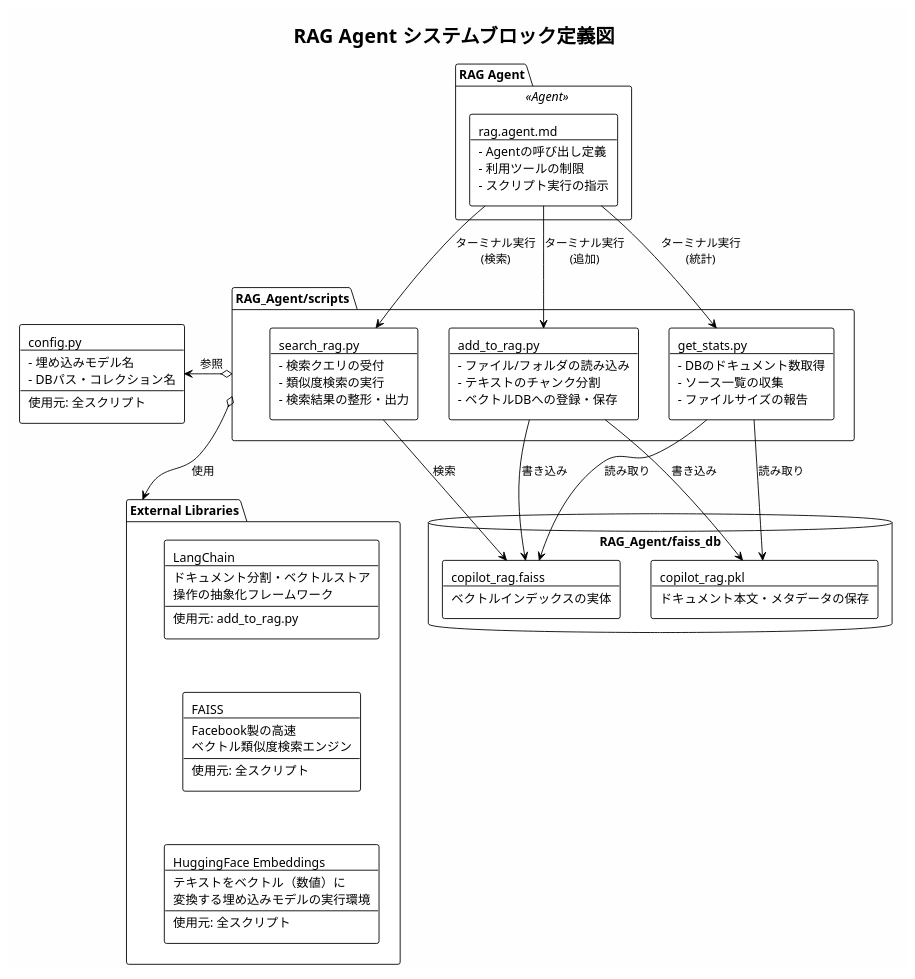
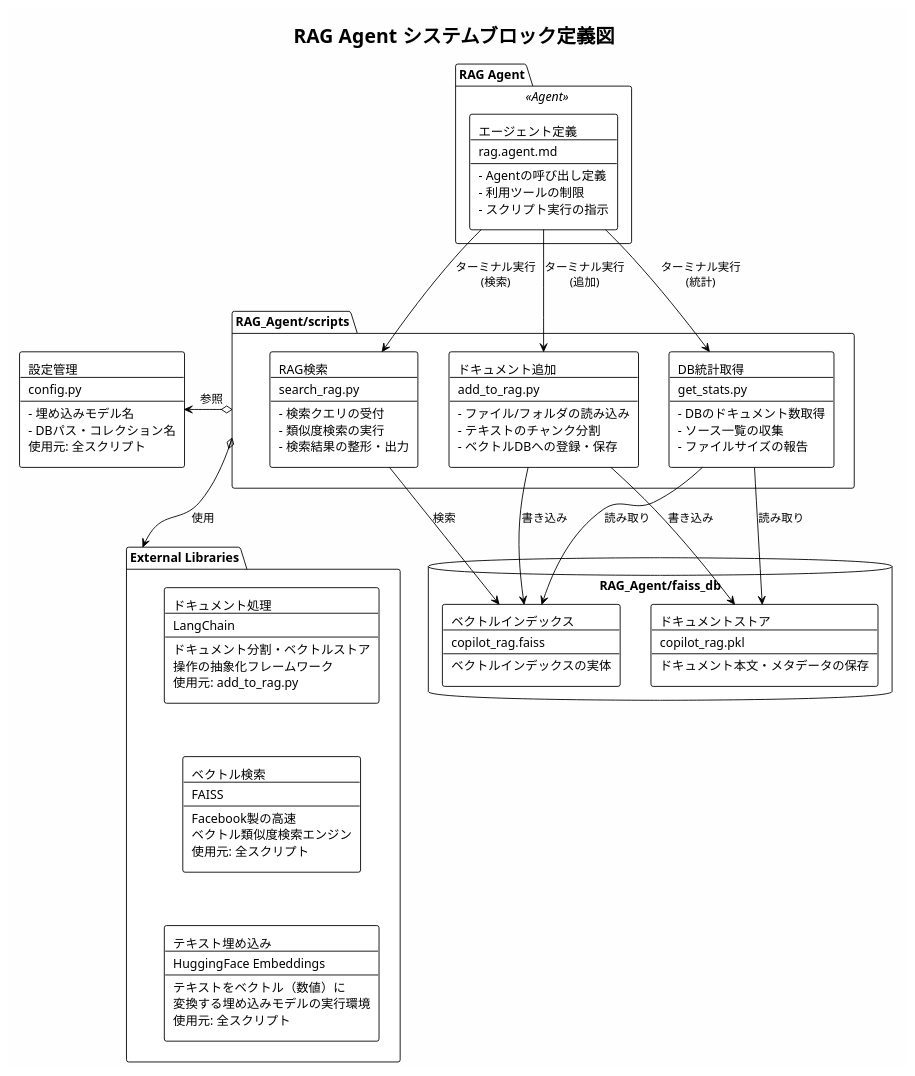
Before and after one commit to Yuki118704/VScRAG_Sys: the diagram in Design/rag_agent_block_diagram.puml, drawn with PlantUML.

```diff
--- a/Design/rag_agent_block_diagram.puml
+++ b/Design/rag_agent_block_diagram.puml
@@ -1,54 +1,54 @@
 @startuml RAG_Agent_Block_Diagram
 !theme plain
 skinparam backgroundColor #FEFEFE
 skinparam componentStyle rectangle
 
 title RAG Agent システムブロック定義図
 
 package "RAG Agent" as agent_pkg <<Agent>> {
-    rectangle "rag.agent.md\n--\n- Agentの呼び出し定義\n- 利用ツールの制限\n- スクリプト実行の指示" as agent_def
+    rectangle "エージェント定義\n--\nrag.agent.md\n--\n- Agentの呼び出し定義\n- 利用ツールの制限\n- スクリプト実行の指示" as agent_def
 }
 
 package "RAG_Agent/scripts" as scripts {
-    rectangle "search_rag.py\n--\n- 検索クエリの受付\n- 類似度検索の実行\n- 検索結果の整形・出力" as search_script
-    rectangle "add_to_rag.py\n--\n- ファイル/フォルダの読み込み\n- テキストのチャンク分割\n- ベクトルDBへの登録・保存" as add_script
-    rectangle "get_stats.py\n--\n- DBのドキュメント数取得\n- ソース一覧の収集\n- ファイルサイズの報告" as stats_script
+    rectangle "RAG検索\n--\nsearch_rag.py\n--\n- 検索クエリの受付\n- 類似度検索の実行\n- 検索結果の整形・出力" as search_script
+    rectangle "ドキュメント追加\n--\nadd_to_rag.py\n--\n- ファイル/フォルダの読み込み\n- テキストのチャンク分割\n- ベクトルDBへの登録・保存" as add_script
+    rectangle "DB統計取得\n--\nget_stats.py\n--\n- DBのドキュメント数取得\n- ソース一覧の収集\n- ファイルサイズの報告" as stats_script
 }
 
-rectangle "config.py\n--\n- 埋め込みモデル名\n- DBパス・コレクション名\n--\n使用元: 全スクリプト" as config
+rectangle "設定管理\n--\nconfig.py\n--\n- 埋め込みモデル名\n- DBパス・コレクション名\n使用元: 全スクリプト" as config
 
 package "External Libraries" as libs {
-    rectangle "LangChain\n--\nドキュメント分割・ベクトルストア\n操作の抽象化フレームワーク\n--\n使用元: add_to_rag.py" as langchain
-    rectangle "FAISS\n--\nFacebook製の高速\nベクトル類似度検索エンジン\n--\n使用元: 全スクリプト" as faiss_lib
-    rectangle "HuggingFace Embeddings\n--\nテキストをベクトル（数値）に\n変換する埋め込みモデルの実行環境\n--\n使用元: 全スクリプト" as hf
+    rectangle "ドキュメント処理\n--\nLangChain\n--\nドキュメント分割・ベクトルストア\n操作の抽象化フレームワーク\n使用元: add_to_rag.py" as langchain
+    rectangle "ベクトル検索\n--\nFAISS\n--\nFacebook製の高速\nベクトル類似度検索エンジン\n使用元: 全スクリプト" as faiss_lib
+    rectangle "テキスト埋め込み\n--\nHuggingFace Embeddings\n--\nテキストをベクトル（数値）に\n変換する埋め込みモデルの実行環境\n使用元: 全スクリプト" as hf
     langchain -[hidden]down-> faiss_lib
     faiss_lib -[hidden]down-> hf
 }
 
 database "RAG_Agent/faiss_db" as db {
-    rectangle "copilot_rag.faiss\n--\nベクトルインデックスの実体" as faiss_index
-    rectangle "copilot_rag.pkl\n--\nドキュメント本文・メタデータの保存" as docstore
+    rectangle "ベクトルインデックス\n--\ncopilot_rag.faiss\n--\nベクトルインデックスの実体" as faiss_index
+    rectangle "ドキュメントストア\n--\ncopilot_rag.pkl\n--\nドキュメント本文・メタデータの保存" as docstore
 }
 
 
 ' ①関連: Agent → Scripts（実行依存）
 agent_def --> search_script : ターミナル実行\n(検索)
 agent_def --> add_script : ターミナル実行\n(追加)
 agent_def --> stats_script : ターミナル実行\n(統計)
 
 
 ' ①関連: Scripts → DB（直接操作）
 search_script --> faiss_index : 検索
 add_script --> faiss_index : 書き込み
 add_script --> docstore : 書き込み
 stats_script --> faiss_index : 読み取り
 stats_script --> docstore : 読み取り
 
 ' ③共有関連: スクリプト → 外部ライブラリ（複数スクリプトが共有）
 scripts o--> libs : 使用
 
 ' ③共有関連: スクリプト → 設定ファイル（複数スクリプトが共有）
 scripts o-left-> config : 参照
 
 
 @enduml
```
